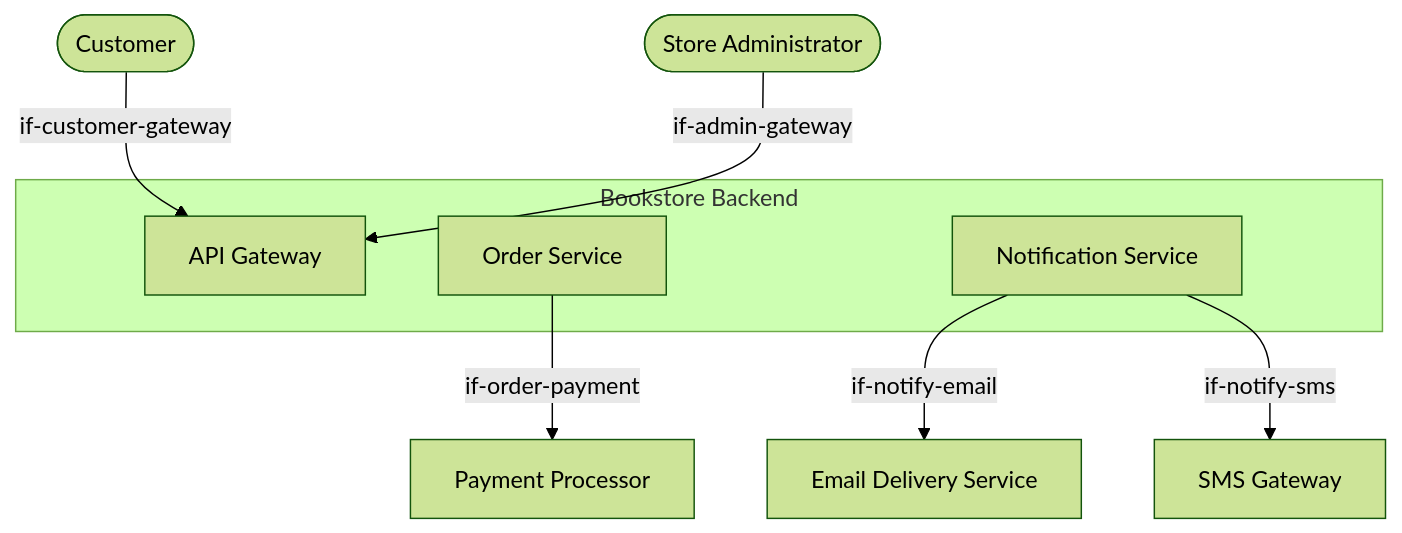
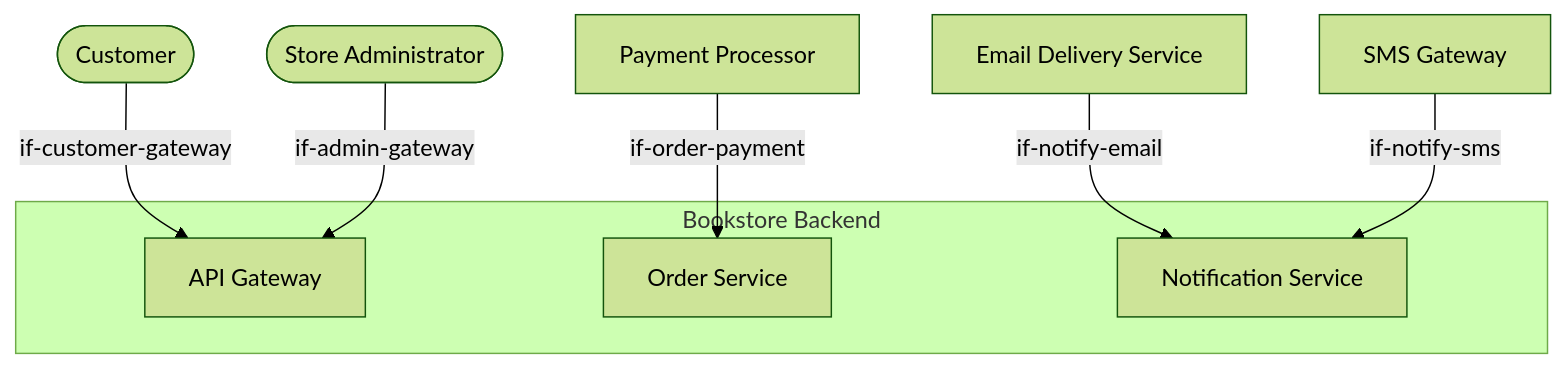
Before and after one commit to docToolchain/arc42-language: the diagram in examples/bookstore-backend/03-context.arc42.md, drawn with Mermaid (forest theme). The commit also changed other lines of this file and 49 other files, not shown here.

````diff
--- a/examples/bookstore-backend/03-context.arc42.md
+++ b/examples/bookstore-backend/03-context.arc42.md
@@ -11,20 +11,20 @@
 ```mermaid
 graph TD
     actor-customer(["Customer"])
     actor-admin(["Store Administrator"])
     actor-payment["Payment Processor"]
     actor-email["Email Delivery Service"]
     actor-sms["SMS Gateway"]
 
     subgraph system["Bookstore Backend"]
         bb-api-gateway["API Gateway"]
         bb-order-service["Order Service"]
         bb-notification-service["Notification Service"]
     end
 
     actor-customer -->|"if-customer-gateway"| bb-api-gateway
     actor-admin -->|"if-admin-gateway"| bb-api-gateway
-    bb-order-service -->|"if-order-payment"| actor-payment
-    bb-notification-service -->|"if-notify-email"| actor-email
-    bb-notification-service -->|"if-notify-sms"| actor-sms
+    actor-payment -->|"if-order-payment"| bb-order-service
+    actor-email -->|"if-notify-email"| bb-notification-service
+    actor-sms -->|"if-notify-sms"| bb-notification-service
 ```
````
